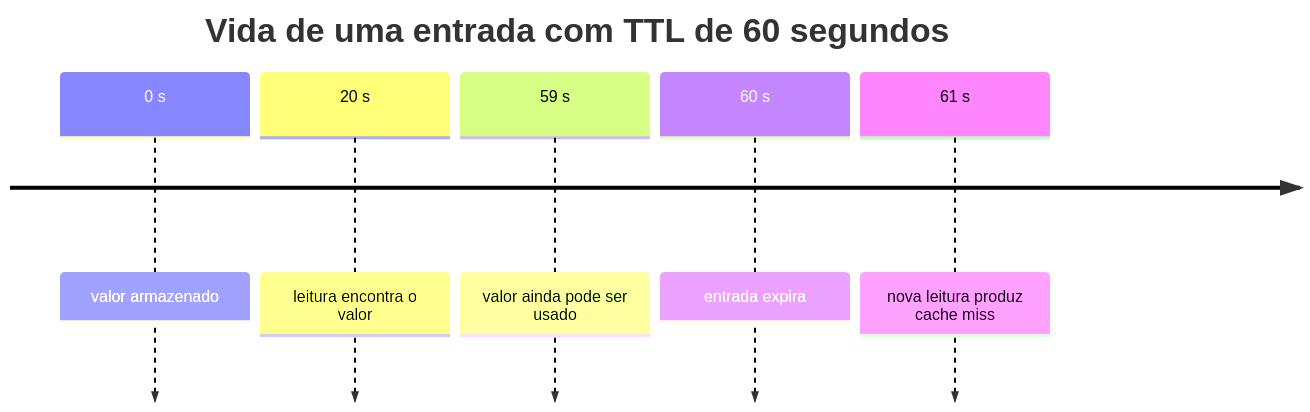
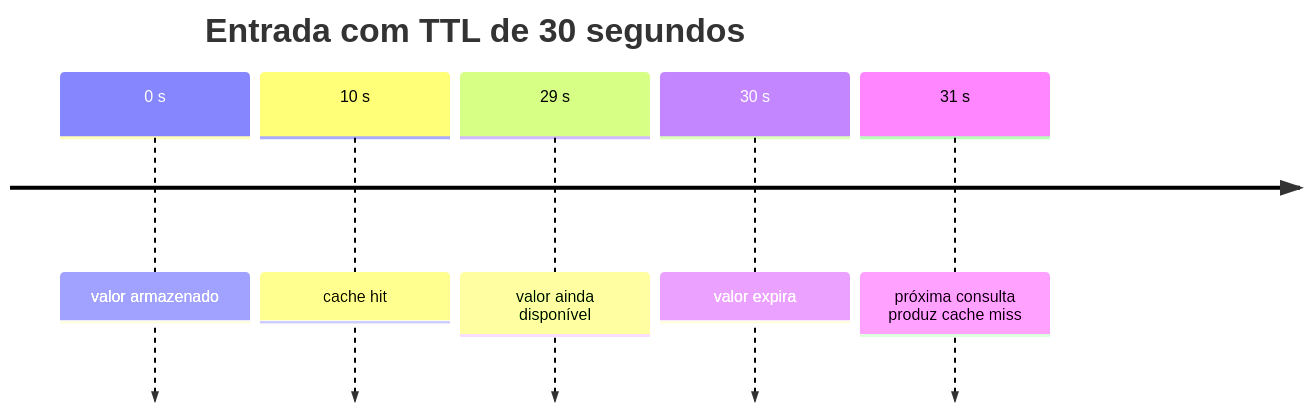
The third of 6 diagrams in docs/encontros/encontro-25.md (luciano-alexandre/sistemas-corporativos), drawn with Mermaid before and after one commit. The commit also changed other lines of this file and 2 other files, not shown here.

````diff
--- a/docs/encontros/encontro-25.md
+++ b/docs/encontros/encontro-25.md
@@ -78,9 +92,9 @@
 ```mermaid
 timeline
-    title Vida de uma entrada com TTL de 60 segundos
+    title Entrada com TTL de 30 segundos
     0 s  : valor armazenado
-    20 s : leitura encontra o valor
-    59 s : valor ainda pode ser usado
-    60 s : entrada expira
-    61 s : nova leitura produz cache miss
+    10 s : cache hit
+    29 s : valor ainda disponível
+    30 s : valor expira
+    31 s : próxima consulta produz cache miss
 ```
````
